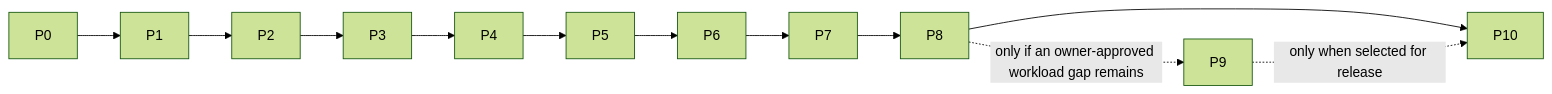
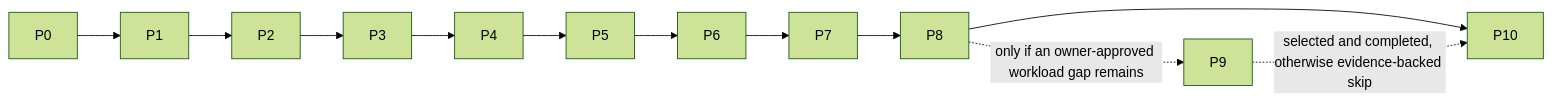
The diagram in docs/ROADMAP.md (soobujmiah/nativeternux), drawn with Mermaid (forest theme) before and after one commit. The commit also changed other lines of this file and 7 other files, not shown here.

Commit message:
docs(roadmap): audit and serialize completion phases

````diff
--- a/docs/ROADMAP.md
+++ b/docs/ROADMAP.md
@@ -328,6 +301,6 @@
 ```mermaid
 flowchart LR
   P0 --> P1 --> P2 --> P3 --> P4 --> P5 --> P6 --> P7 --> P8 --> P10
   P8 -. only if an owner-approved workload gap remains .-> P9
-  P9 -. only when selected for release .-> P10
+  P9 -. selected and completed, otherwise evidence-backed skip .-> P10
 ```
````
